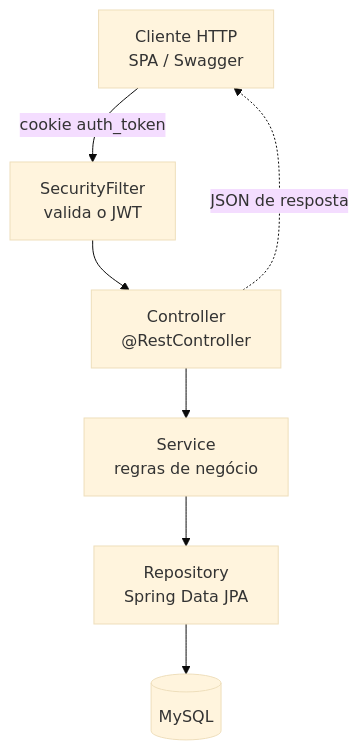
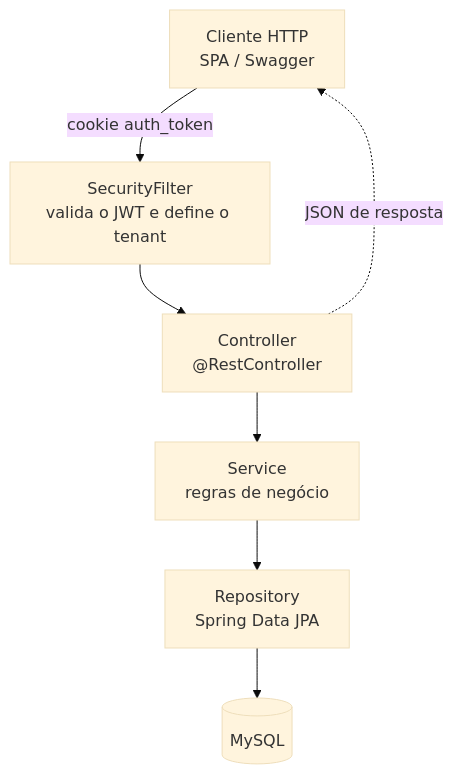
The first of 2 diagrams in backend/README.md (Thalles-Nascimento/zenix-app), drawn with Mermaid (base theme) before and after one commit. The commit also changed other lines of this file, not shown here.

````diff
--- a/backend/README.md
+++ b/backend/README.md
@@ -22,16 +22,16 @@
 ```mermaid
 flowchart TD
     Client["Cliente HTTP<br/>SPA / Swagger"]
-    Filter["SecurityFilter<br/>valida o JWT"]
+    Filter["SecurityFilter<br/>valida o JWT e define o tenant"]
     Controller["Controller<br/>@RestController"]
     Service["Service<br/>regras de negócio"]
     Repository["Repository<br/>Spring Data JPA"]
     DB[("MySQL")]
 
     Client -->|"cookie auth_token"| Filter
     Filter --> Controller
     Controller --> Service
     Service --> Repository
     Repository --> DB
     Controller -.->|"JSON de resposta"| Client
 ```
````
